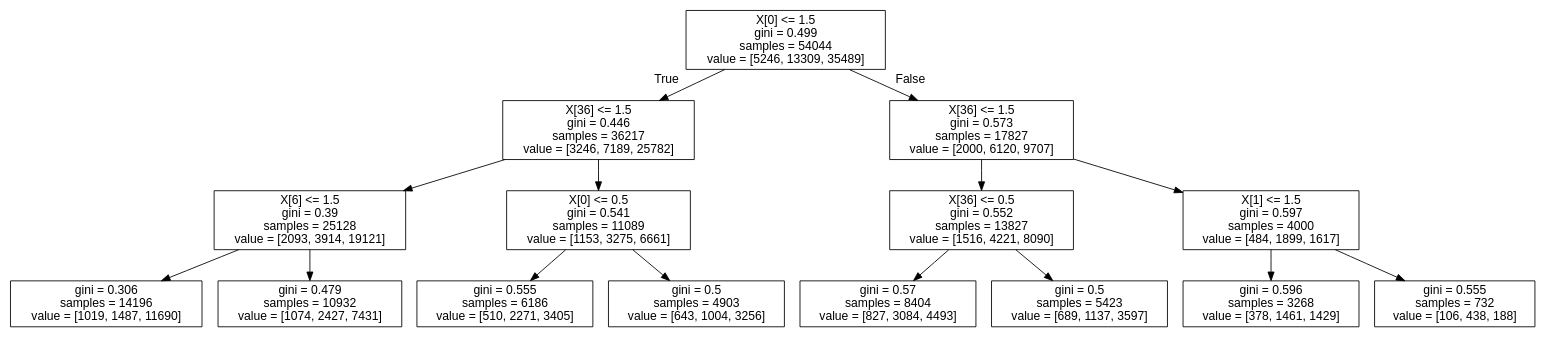
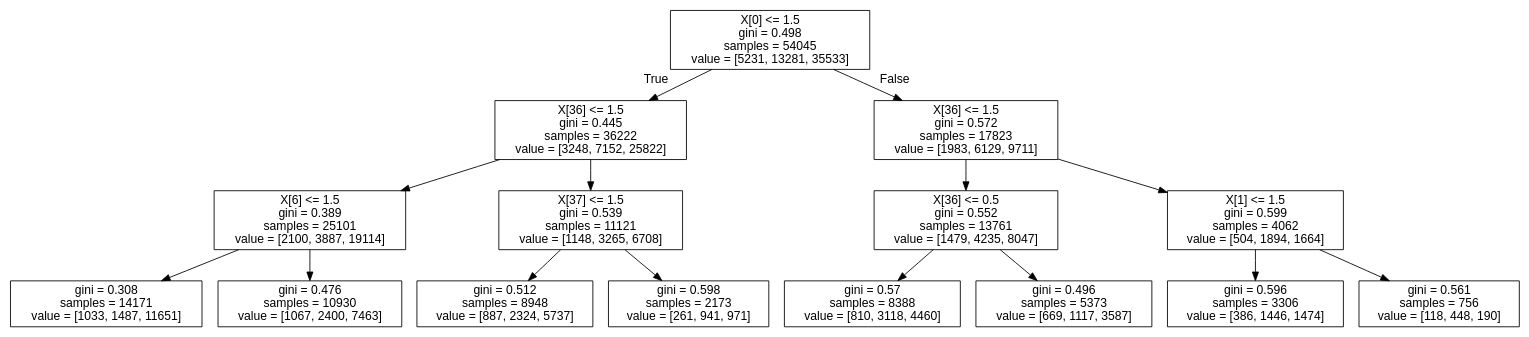
The diagram in output/max_depth/tree_depth3.dot (NVTienOfficial/Decision-Tree-with-scikit-learn), drawn with Graphviz before and after one commit. The commit also changed 26 other files, not shown here.

```diff
--- a/output/max_depth/tree_depth3.dot
+++ b/output/max_depth/tree_depth3.dot
@@ -1,33 +1,33 @@
 digraph Tree {
 node [shape=box, fontname="helvetica"] ;
 edge [fontname="helvetica"] ;
-0 [label="X[0] <= 1.5\ngini = 0.499\nsamples = 54044\nvalue = [5246, 13309, 35489]"] ;
-1 [label="X[36] <= 1.5\ngini = 0.446\nsamples = 36217\nvalue = [3246, 7189, 25782]"] ;
+0 [label="X[0] <= 1.5\ngini = 0.498\nsamples = 54045\nvalue = [5231, 13281, 35533]"] ;
+1 [label="X[36] <= 1.5\ngini = 0.445\nsamples = 36222\nvalue = [3248, 7152, 25822]"] ;
 0 -> 1 [labeldistance=2.5, labelangle=45, headlabel="True"] ;
-2 [label="X[6] <= 1.5\ngini = 0.39\nsamples = 25128\nvalue = [2093, 3914, 19121]"] ;
+2 [label="X[6] <= 1.5\ngini = 0.389\nsamples = 25101\nvalue = [2100, 3887, 19114]"] ;
 1 -> 2 ;
-3 [label="gini = 0.306\nsamples = 14196\nvalue = [1019, 1487, 11690]"] ;
+3 [label="gini = 0.308\nsamples = 14171\nvalue = [1033, 1487, 11651]"] ;
 2 -> 3 ;
-4 [label="gini = 0.479\nsamples = 10932\nvalue = [1074, 2427, 7431]"] ;
+4 [label="gini = 0.476\nsamples = 10930\nvalue = [1067, 2400, 7463]"] ;
 2 -> 4 ;
-5 [label="X[0] <= 0.5\ngini = 0.541\nsamples = 11089\nvalue = [1153, 3275, 6661]"] ;
+5 [label="X[37] <= 1.5\ngini = 0.539\nsamples = 11121\nvalue = [1148, 3265, 6708]"] ;
 1 -> 5 ;
-6 [label="gini = 0.555\nsamples = 6186\nvalue = [510, 2271, 3405]"] ;
+6 [label="gini = 0.512\nsamples = 8948\nvalue = [887, 2324, 5737]"] ;
 5 -> 6 ;
-7 [label="gini = 0.5\nsamples = 4903\nvalue = [643, 1004, 3256]"] ;
+7 [label="gini = 0.598\nsamples = 2173\nvalue = [261, 941, 971]"] ;
 5 -> 7 ;
-8 [label="X[36] <= 1.5\ngini = 0.573\nsamples = 17827\nvalue = [2000, 6120, 9707]"] ;
+8 [label="X[36] <= 1.5\ngini = 0.572\nsamples = 17823\nvalue = [1983, 6129, 9711]"] ;
 0 -> 8 [labeldistance=2.5, labelangle=-45, headlabel="False"] ;
-9 [label="X[36] <= 0.5\ngini = 0.552\nsamples = 13827\nvalue = [1516, 4221, 8090]"] ;
+9 [label="X[36] <= 0.5\ngini = 0.552\nsamples = 13761\nvalue = [1479, 4235, 8047]"] ;
 8 -> 9 ;
-10 [label="gini = 0.57\nsamples = 8404\nvalue = [827, 3084, 4493]"] ;
+10 [label="gini = 0.57\nsamples = 8388\nvalue = [810, 3118, 4460]"] ;
 9 -> 10 ;
-11 [label="gini = 0.5\nsamples = 5423\nvalue = [689, 1137, 3597]"] ;
+11 [label="gini = 0.496\nsamples = 5373\nvalue = [669, 1117, 3587]"] ;
 9 -> 11 ;
-12 [label="X[1] <= 1.5\ngini = 0.597\nsamples = 4000\nvalue = [484, 1899, 1617]"] ;
+12 [label="X[1] <= 1.5\ngini = 0.599\nsamples = 4062\nvalue = [504, 1894, 1664]"] ;
 8 -> 12 ;
-13 [label="gini = 0.596\nsamples = 3268\nvalue = [378, 1461, 1429]"] ;
+13 [label="gini = 0.596\nsamples = 3306\nvalue = [386, 1446, 1474]"] ;
 12 -> 13 ;
-14 [label="gini = 0.555\nsamples = 732\nvalue = [106, 438, 188]"] ;
+14 [label="gini = 0.561\nsamples = 756\nvalue = [118, 448, 190]"] ;
 12 -> 14 ;
 }
```
